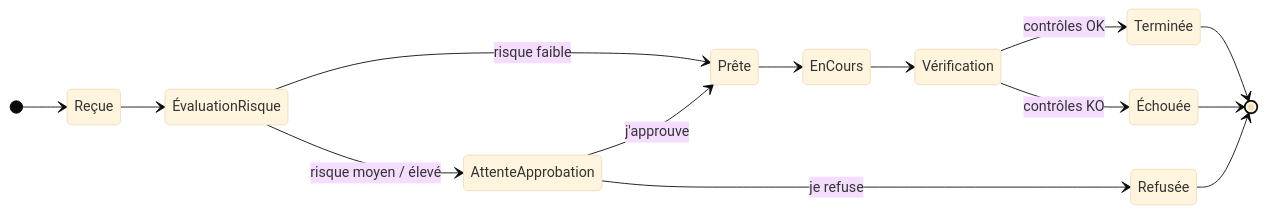
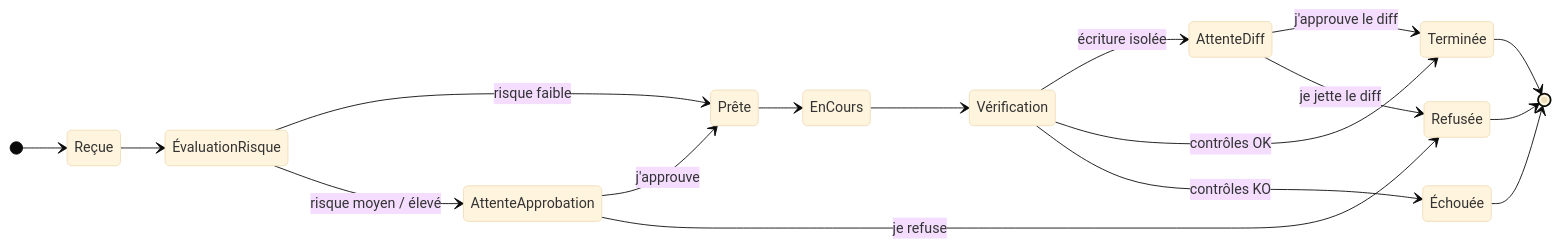
One commit to Dow08/OS-Agentique_showcase changed the third of 3 diagrams in docs/fr/conception.md. Above: the diagram before and after it, drawn with Mermaid (base theme). The commit also changed other lines of this file and 50 other files, not shown here.

````diff
--- a/docs/fr/conception.md
+++ b/docs/fr/conception.md
@@ -56,17 +70,20 @@
 ```mermaid
 stateDiagram-v2
     direction LR
     [*] --> Reçue
     Reçue --> ÉvaluationRisque
     ÉvaluationRisque --> Prête: risque faible
     ÉvaluationRisque --> AttenteApprobation: risque moyen / élevé
     AttenteApprobation --> Prête: j'approuve
     AttenteApprobation --> Refusée: je refuse
     Prête --> EnCours
     EnCours --> Vérification
+    Vérification --> AttenteDiff: écriture isolée
+    AttenteDiff --> Terminée: j'approuve le diff
+    AttenteDiff --> Refusée: je jette le diff
     Vérification --> Terminée: contrôles OK
     Vérification --> Échouée: contrôles KO
     Terminée --> [*]
     Refusée --> [*]
     Échouée --> [*]
 ```
````
